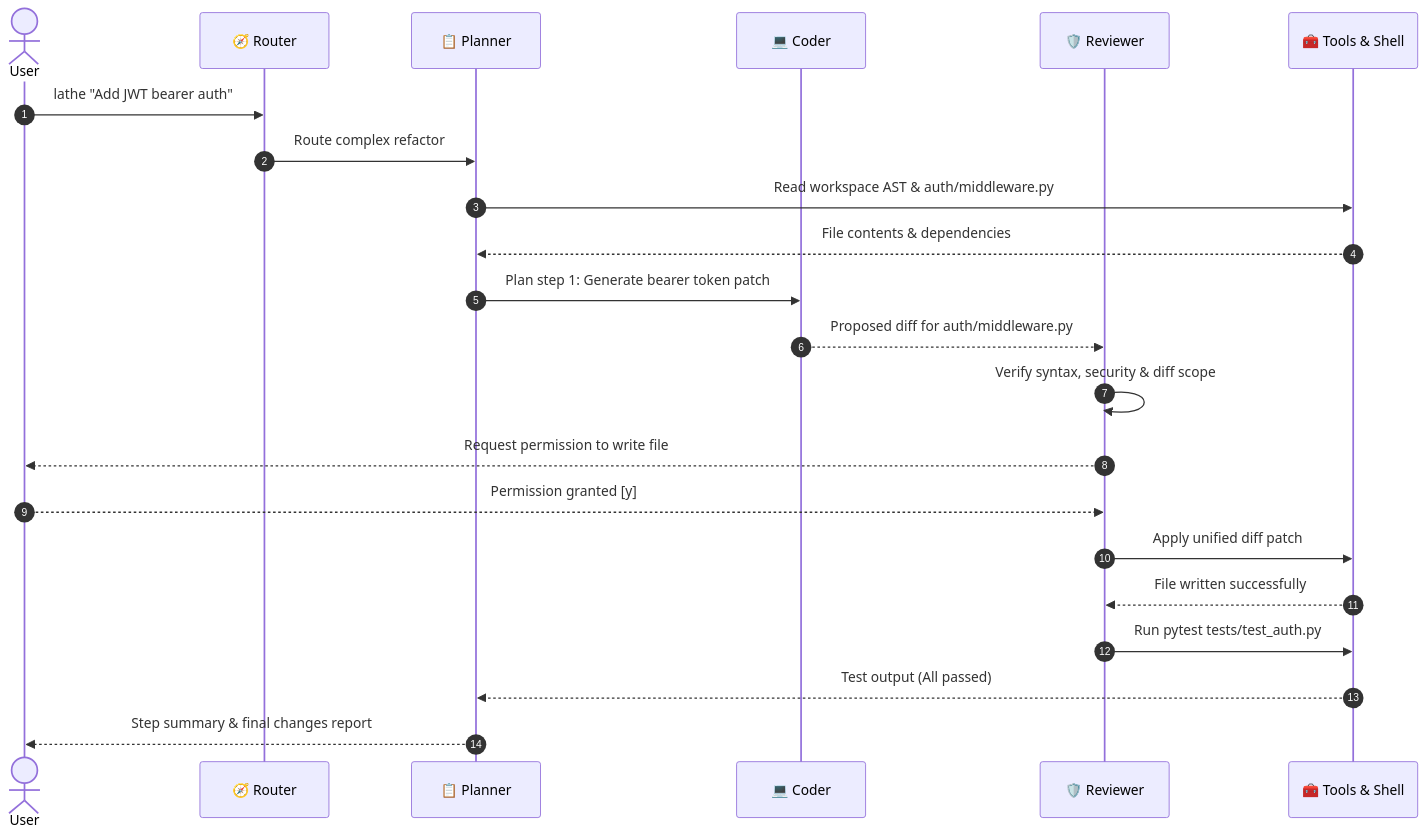
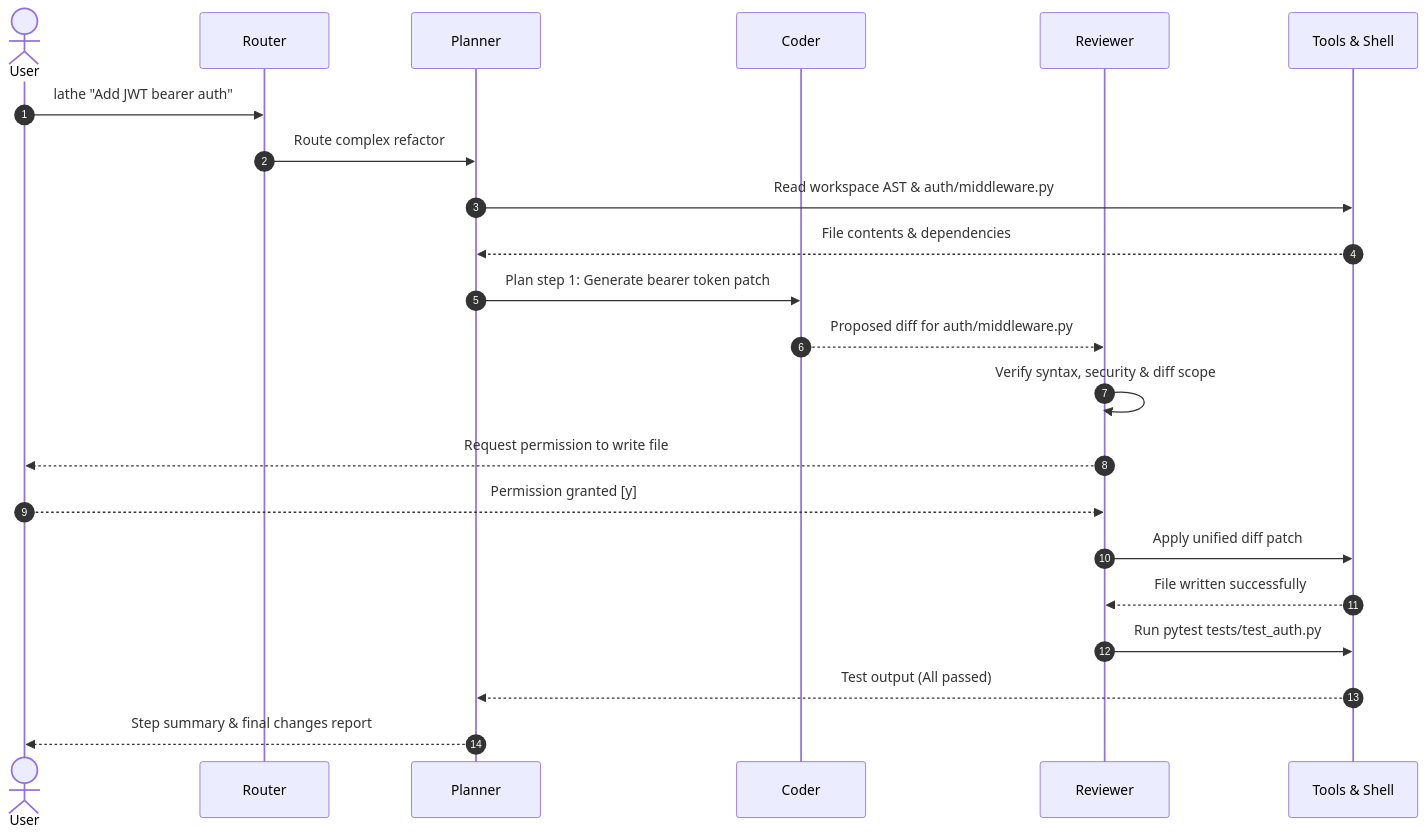
The fourth of 10 diagrams in README.md (AdityaSurse/lathe), drawn with Mermaid before and after one commit. The commit also changed other lines of this file, not shown here.

````diff
--- a/README.md
+++ b/README.md
@@ -159,25 +159,25 @@
 ```mermaid
 sequenceDiagram
     autonumber
     actor User
-    participant Router as 🧭 Router
-    participant Planner as 📋 Planner
-    participant Coder as 💻 Coder
-    participant Reviewer as 🛡️ Reviewer
-    participant Tools as 🧰 Tools & Shell
+    participant Router as Router
+    participant Planner as Planner
+    participant Coder as Coder
+    participant Reviewer as Reviewer
+    participant Tools as Tools & Shell
 
     User->>Router: lathe "Add JWT bearer auth"
     Router->>Planner: Route complex refactor
     Planner->>Tools: Read workspace AST & auth/middleware.py
     Tools-->>Planner: File contents & dependencies
     Planner->>Coder: Plan step 1: Generate bearer token patch
     Coder-->>Reviewer: Proposed diff for auth/middleware.py
     Reviewer->>Reviewer: Verify syntax, security & diff scope
     Reviewer-->>User: Request permission to write file
     User-->>Reviewer: Permission granted [y]
     Reviewer->>Tools: Apply unified diff patch
     Tools-->>Reviewer: File written successfully
     Reviewer->>Tools: Run pytest tests/test_auth.py
     Tools-->>Planner: Test output (All passed)
     Planner-->>User: Step summary & final changes report
 ```
````
